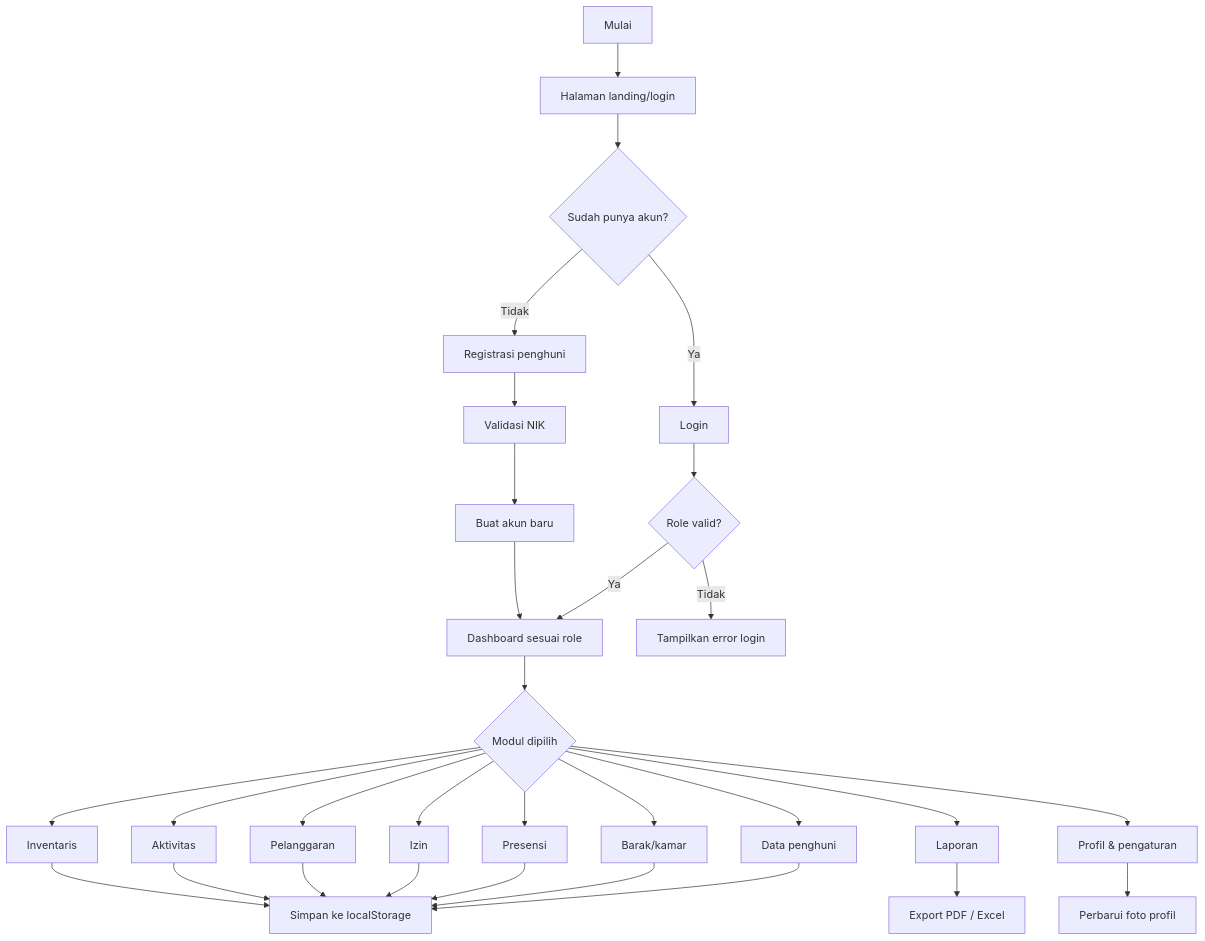
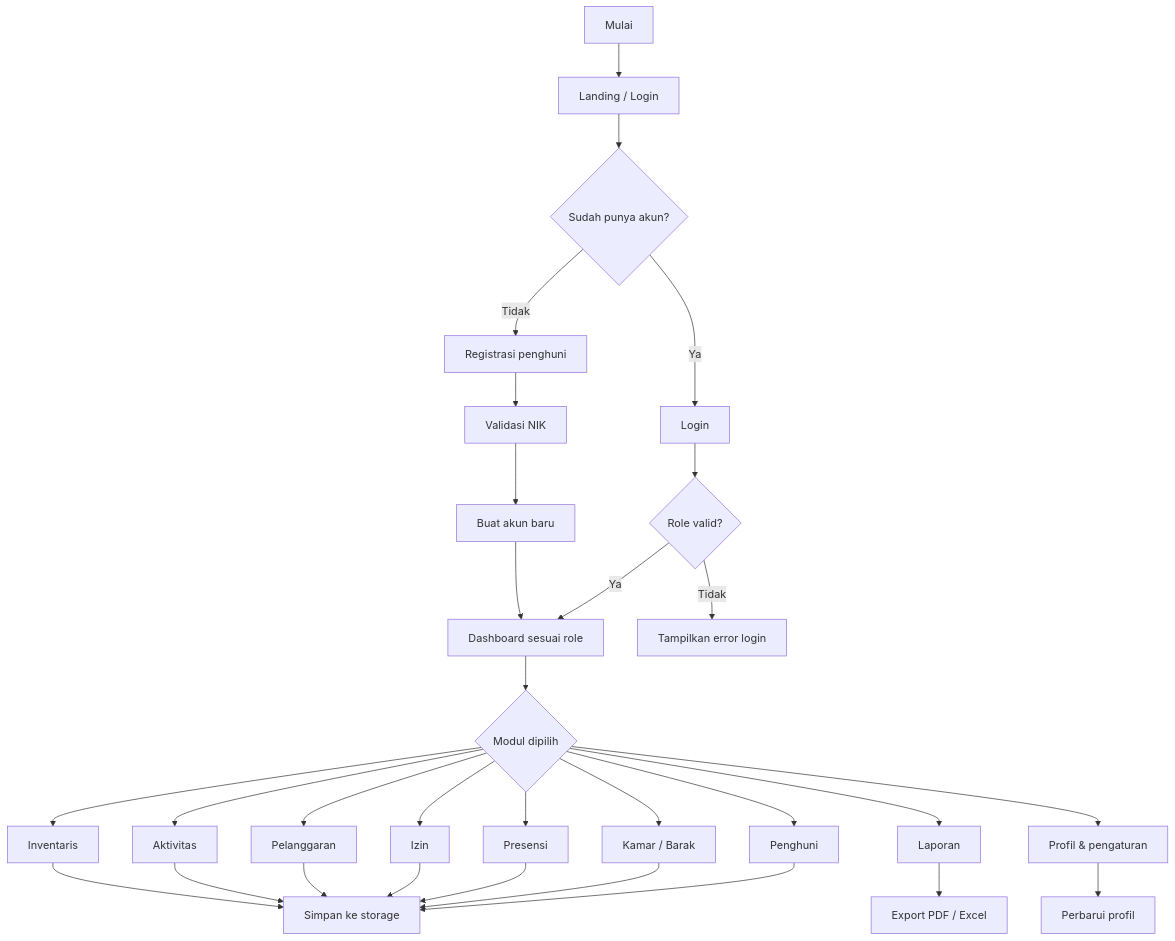
Before and after one commit to ipo-rk/ASDEY-Monitoring: the second of 2 diagrams in README.md, drawn with Mermaid. The commit also changed other lines of this file, not shown here.

````diff
--- a/README.md
+++ b/README.md
@@ -26,34 +26,34 @@
 ```mermaid
 flowchart TD
-    A[Mulai] --> B[Halaman landing/login]
+    A[Mulai] --> B[Landing / Login]
     B --> C{Sudah punya akun?}
     C -- Ya --> D[Login]
     C -- Tidak --> E[Registrasi penghuni]
     D --> F{Role valid?}
     F -- Ya --> G[Dashboard sesuai role]
     F -- Tidak --> H[Tampilkan error login]
     E --> I[Validasi NIK]
     I --> J[Buat akun baru]
     J --> G
 
     G --> K{Modul dipilih}
-    K --> L[Data penghuni]
-    K --> M[Barak/kamar]
+    K --> L[Penghuni]
+    K --> M[Kamar / Barak]
     K --> N[Presensi]
     K --> O[Izin]
     K --> P[Pelanggaran]
     K --> Q[Aktivitas]
     K --> R[Inventaris]
     K --> S[Laporan]
     K --> T[Profil & pengaturan]
 
-    L --> U[Simpan ke localStorage]
+    L --> U[Simpan ke storage]
     M --> U
     N --> U
     O --> U
     P --> U
     Q --> U
     R --> U
     S --> V[Export PDF / Excel]
-    T --> W[Perbarui foto profil]
+    T --> W[Perbarui profil]
 ```
````
